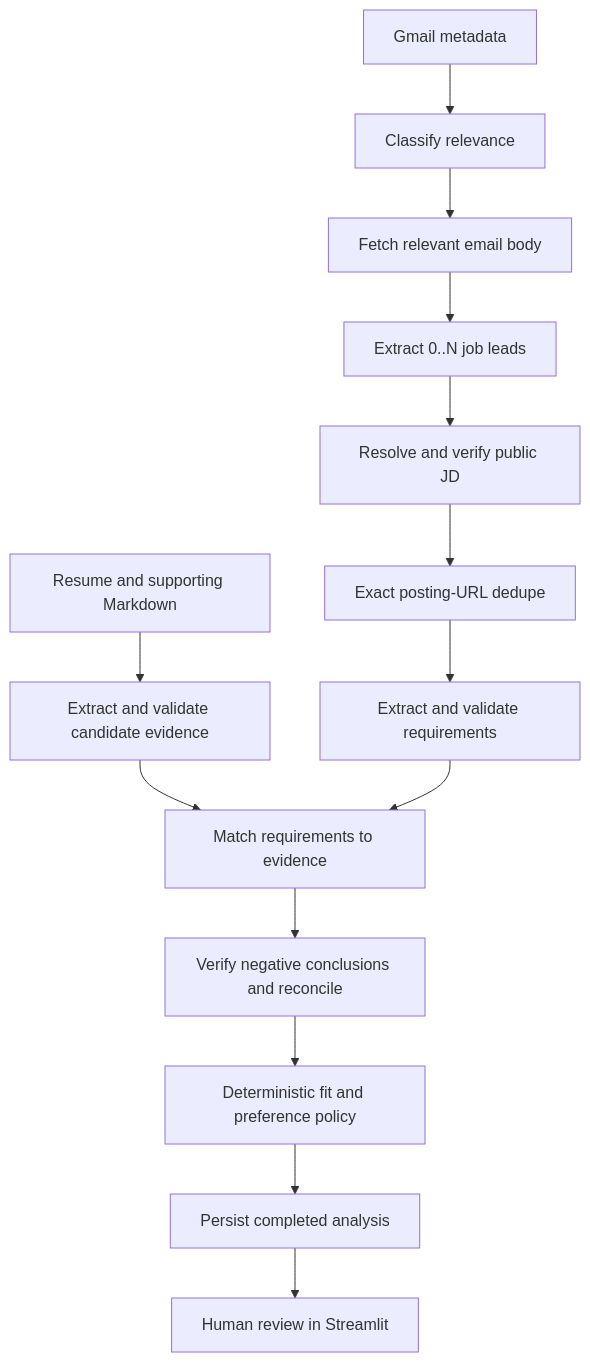
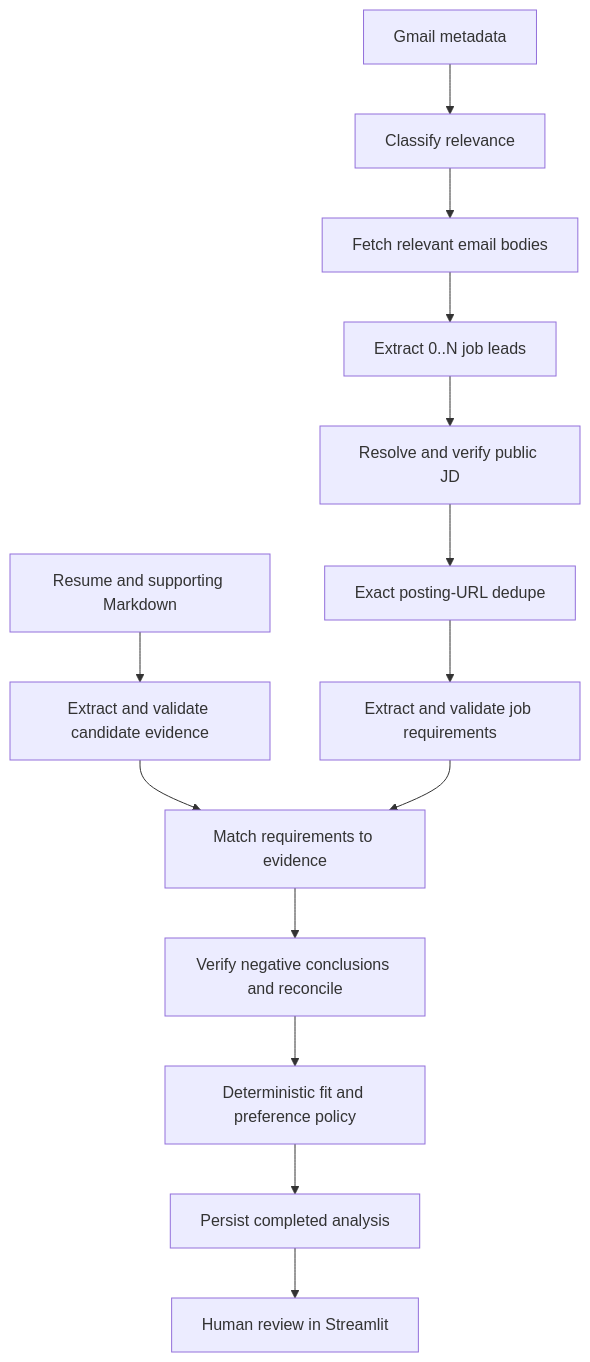
The diagram in README.md (lizzie11373/ai-job-search-agent), drawn with Mermaid before and after one commit. The commit also changed other lines of this file and 13 other files, not shown here.

````diff
--- a/README.md
+++ b/README.md
@@ -15,16 +89,16 @@
 ```mermaid
 flowchart TD
     G[Gmail metadata] --> C[Classify relevance]
-    C --> B[Fetch relevant email body]
+    C --> B[Fetch relevant email bodies]
     B --> J[Extract 0..N job leads]
     J --> R[Resolve and verify public JD]
     R --> D[Exact posting-URL dedupe]
-    D --> Q[Extract and validate requirements]
+    D --> Q[Extract and validate job requirements]
     E[Resume and supporting Markdown] --> V[Extract and validate candidate evidence]
     V --> M[Match requirements to evidence]
     Q --> M
     M --> N[Verify negative conclusions and reconcile]
     N --> S[Deterministic fit and preference policy]
     S --> P[Persist completed analysis]
     P --> H[Human review in Streamlit]
 ```
````
